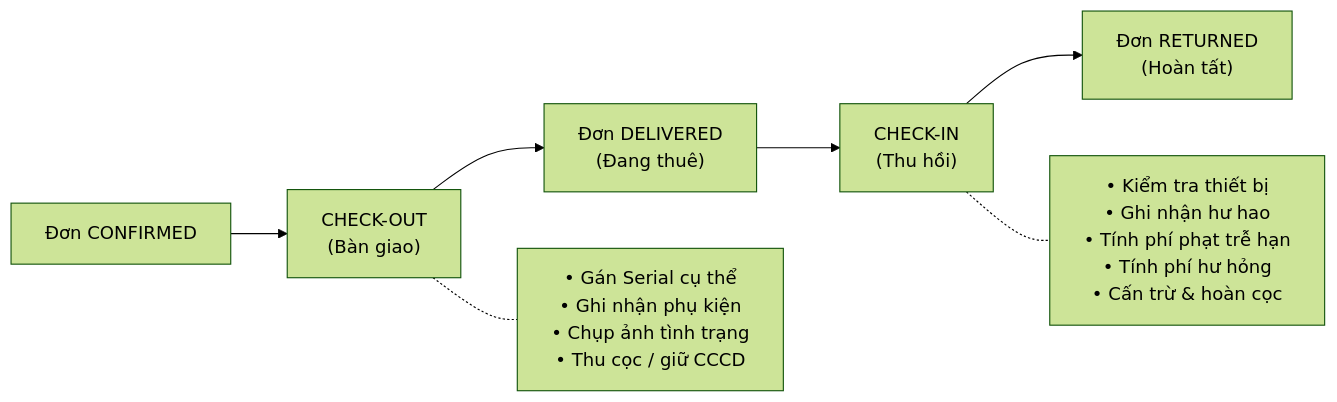
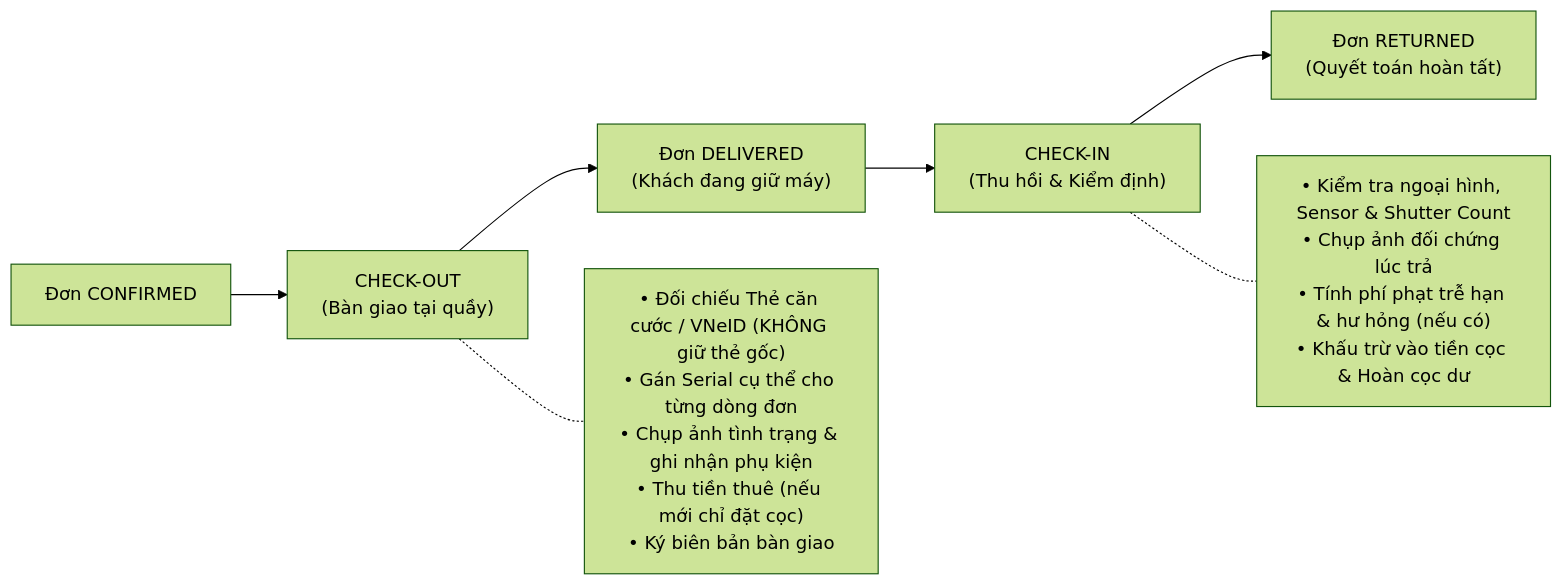
One commit to Duynguyen1108i3/refuji changed the second of 7 diagrams in README.md. Above: the diagram before and after it, drawn with Mermaid (forest theme). The commit also changed other lines of this file and 1 other file, not shown here.

````diff
--- a/README.md
+++ b/README.md
@@ -91,10 +124,10 @@
 ```mermaid
 flowchart LR
-    A["Đơn CONFIRMED"] --> B["CHECK-OUT<br/>(Bàn giao)"]
-    B --> C["Đơn DELIVERED<br/>(Đang thuê)"]
-    C --> D["CHECK-IN<br/>(Thu hồi)"]
-    D --> E["Đơn RETURNED<br/>(Hoàn tất)"]
+    A["Đơn CONFIRMED"] --> B["CHECK-OUT<br/>(Bàn giao tại quầy)"]
+    B --> C["Đơn DELIVERED<br/>(Khách đang giữ máy)"]
+    C --> D["CHECK-IN<br/>(Thu hồi & Kiểm định)"]
+    D --> E["Đơn RETURNED<br/>(Quyết toán hoàn tất)"]
 
-    B -.- B1["• Gán Serial cụ thể<br/>• Ghi nhận phụ kiện<br/>• Chụp ảnh tình trạng<br/>• Thu cọc / giữ CCCD"]
-    D -.- D1["• Kiểm tra thiết bị<br/>• Ghi nhận hư hao<br/>• Tính phí phạt trễ hạn<br/>• Tính phí hư hỏng<br/>• Cấn trừ & hoàn cọc"]
+    B -.- B1["• Đối chiếu Thẻ căn cước / VNeID (KHÔNG giữ thẻ gốc)<br/>• Gán Serial cụ thể cho từng dòng đơn<br/>• Chụp ảnh tình trạng & ghi nhận phụ kiện<br/>• Thu tiền thuê (nếu mới chỉ đặt cọc)<br/>• Ký biên bản bàn giao"]
+    D -.- D1["• Kiểm tra ngoại hình, Sensor & Shutter Count<br/>• Chụp ảnh đối chứng lúc trả<br/>• Tính phí phạt trễ hạn & hư hỏng (nếu có)<br/>• Khấu trừ vào tiền cọc & Hoàn cọc dư"]
 ```
````
